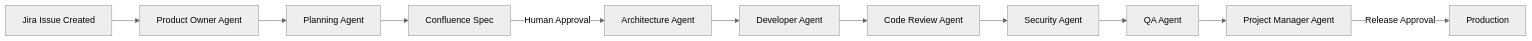
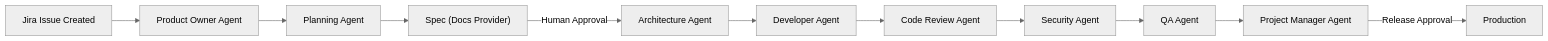
One commit to klikaba/AI-assisted-delivery changed the diagram in PRODUCT_SPEC.md. Above: the diagram before and after it, drawn with Mermaid (neutral theme). The commit also changed other lines of this file and 47 other files, not shown here.

````diff
--- a/PRODUCT_SPEC.md
+++ b/PRODUCT_SPEC.md
@@ -38,13 +38,13 @@
 ```mermaid
 flowchart LR
     A[Jira Issue Created] --> B[Product Owner Agent]
     B --> C[Planning Agent]
-    C --> D[Confluence Spec]
+    C --> D["Spec (Docs Provider)"]
     D -->|Human Approval| E[Architecture Agent]
     E --> F[Developer Agent]
     F --> G[Code Review Agent]
     G --> H[Security Agent]
     H --> I[QA Agent]
     I --> J[Project Manager Agent]
     J -->|Release Approval| K[Production]
 ```
````
